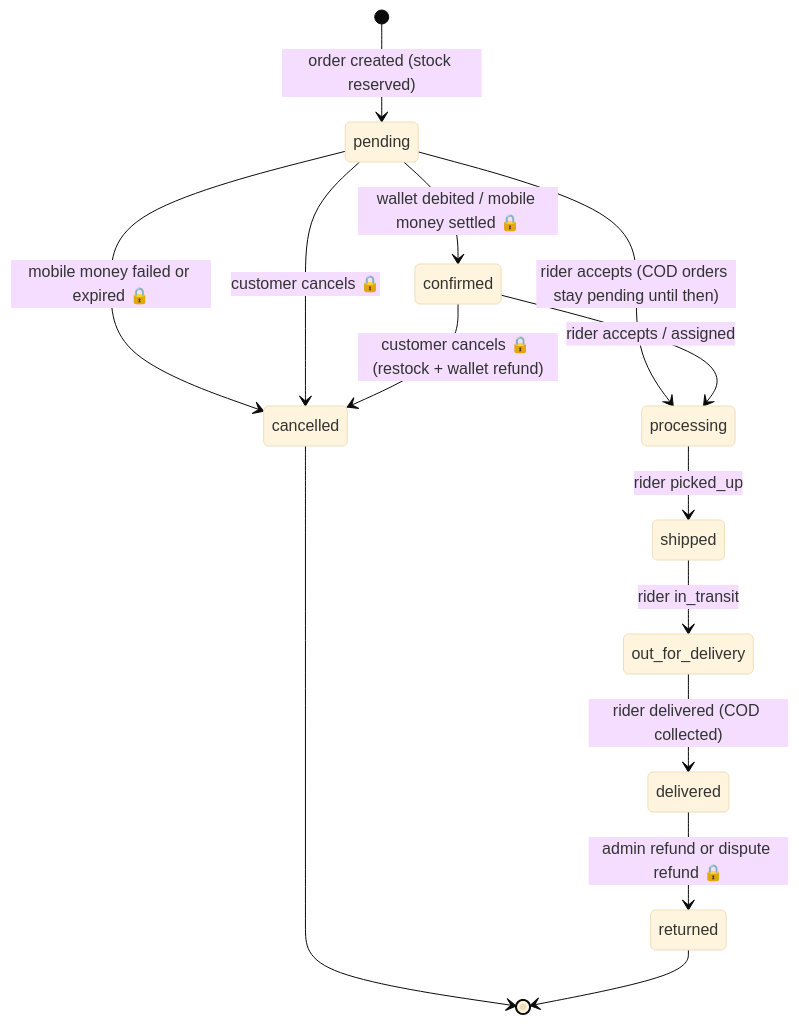
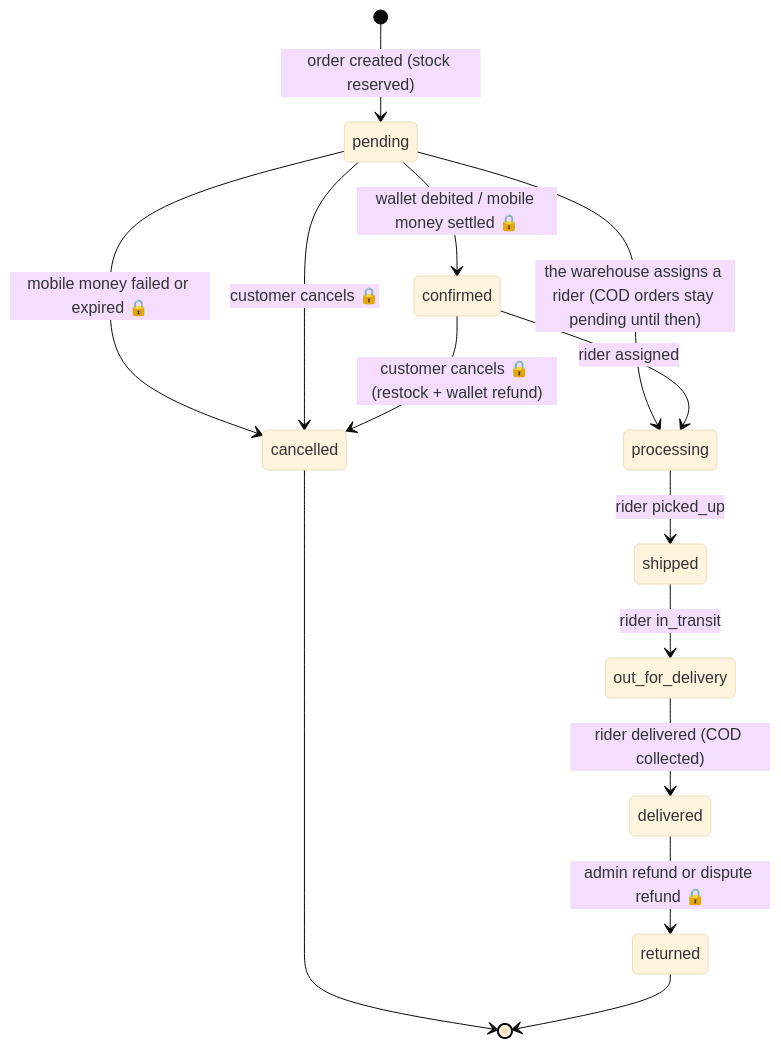
Diagram 11 of 20 in docs/ARCHITECTURE.md (WaseemMirzaa/somba-apps), drawn with Mermaid (base theme) before and after one commit. The commit also changed other lines of this file and 42 other files, not shown here.

````diff
--- a/docs/ARCHITECTURE.md
+++ b/docs/ARCHITECTURE.md
@@ -1435,16 +1435,16 @@
 ```mermaid
 stateDiagram-v2
   [*] --> pending: order created (stock reserved)
   pending --> confirmed: wallet debited / mobile money settled 🔒
   pending --> cancelled: mobile money failed or expired 🔒
   pending --> cancelled: customer cancels 🔒
   confirmed --> cancelled: customer cancels 🔒 (restock + wallet refund)
-  pending --> processing: rider accepts (COD orders stay pending until then)
-  confirmed --> processing: rider accepts / assigned
+  pending --> processing: the warehouse assigns a rider (COD orders stay pending until then)
+  confirmed --> processing: rider assigned
   processing --> shipped: rider picked_up
   shipped --> out_for_delivery: rider in_transit
   out_for_delivery --> delivered: rider delivered (COD collected)
   delivered --> returned: admin refund or dispute refund 🔒
   cancelled --> [*]
   returned --> [*]
 ```
````
